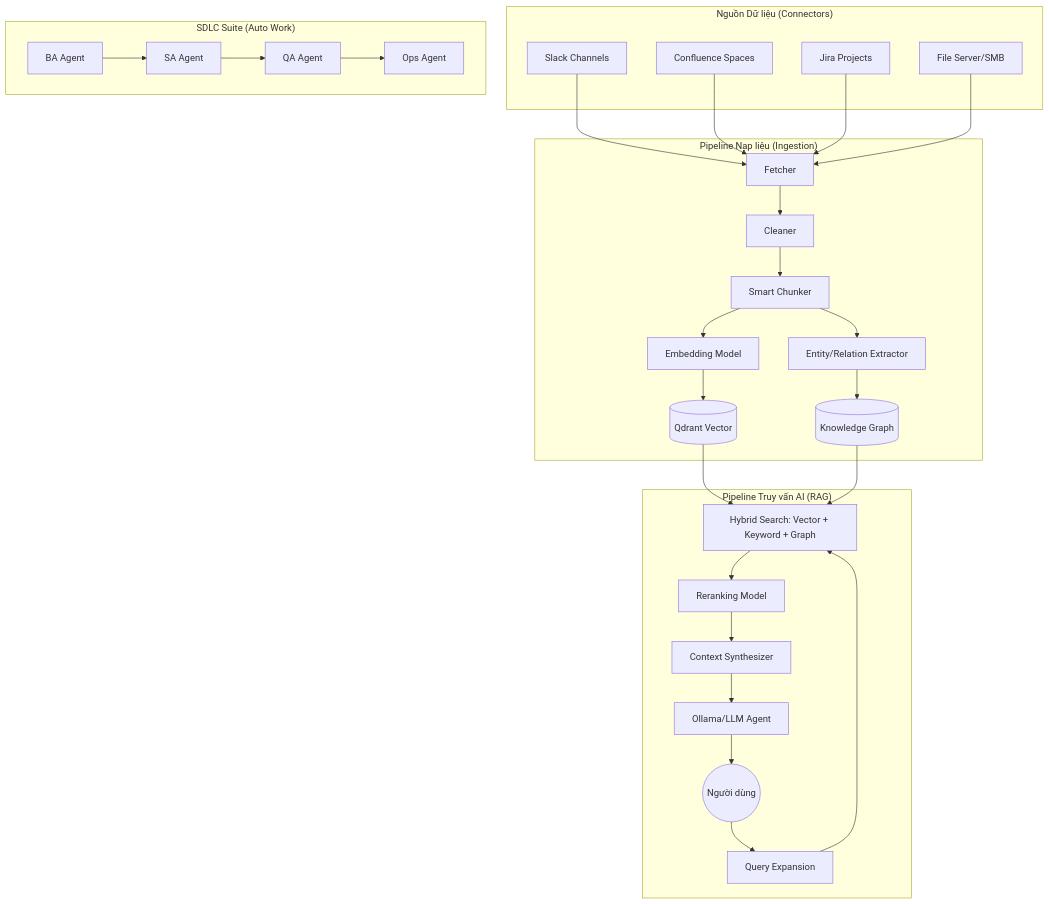
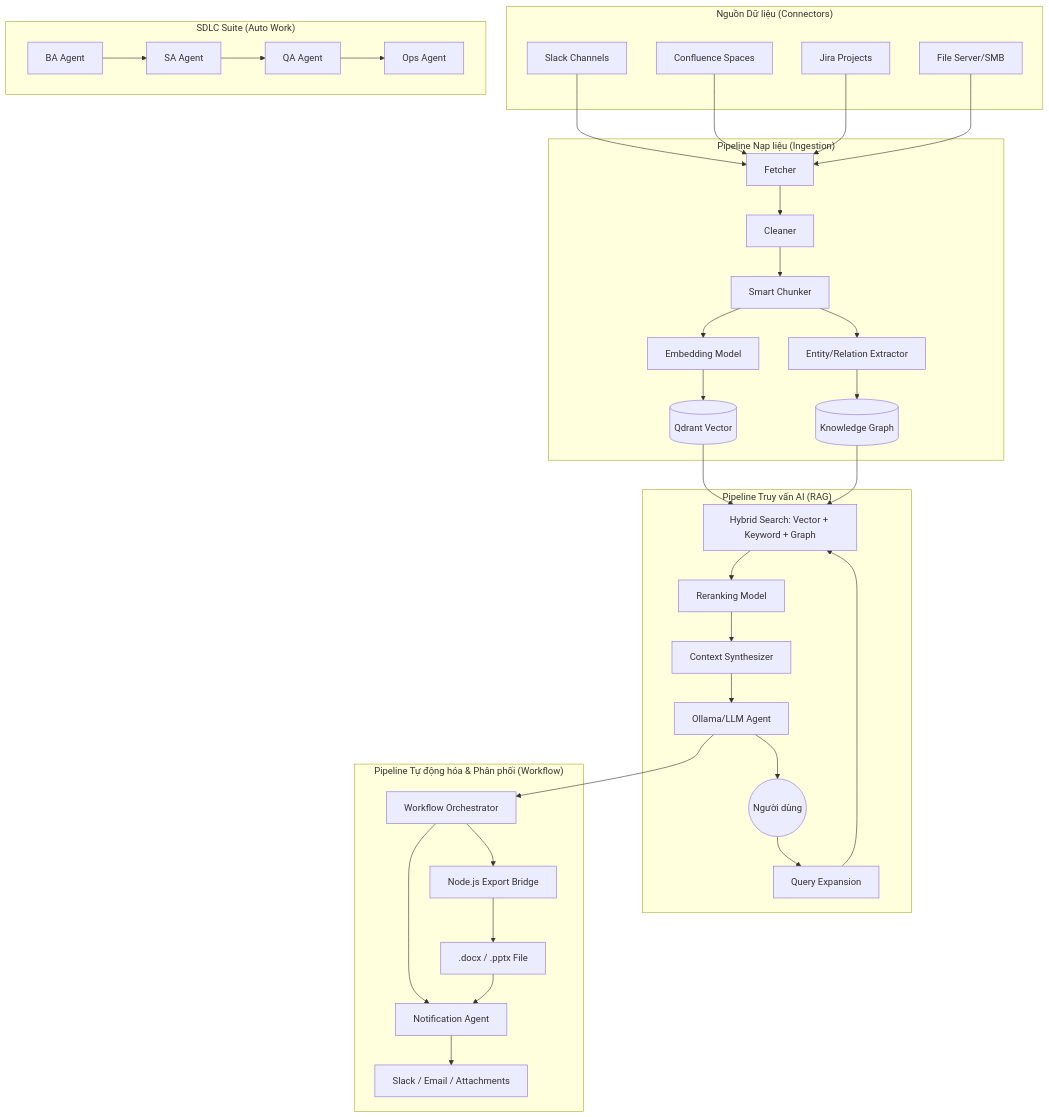
Before and after one commit to tuongnm-technica/knowledge-platform: the diagram in system_document/system_pipelines_vn.md, drawn with Mermaid. The commit also changed other lines of this file and 48 other files, not shown here.

````diff
--- a/system_document/system_pipelines_vn.md
+++ b/system_document/system_pipelines_vn.md
@@ -16,36 +16,45 @@
 ```mermaid
 graph TD
     subgraph "Nguồn Dữ liệu (Connectors)"
         Slack[Slack Channels]
         Conf[Confluence Spaces]
         Jira[Jira Projects]
         Files[File Server/SMB]
     end
 
     subgraph "Pipeline Nạp liệu (Ingestion)"
         Fetch[Fetcher] --> Clean[Cleaner]
         Clean --> Chunk[Smart Chunker]
         Chunk --> Embed[Embedding Model]
         Embed --> VectorDB[(Qdrant Vector)]
         Chunk --> Graph[Entity/Relation Extractor]
         Graph --> GraphDB[(Knowledge Graph)]
     end
 
     subgraph "Pipeline Truy vấn AI (RAG)"
         User((Người dùng)) --> QExp[Query Expansion]
         QExp --> Hybrid[Hybrid Search: Vector + Keyword + Graph]
         Hybrid --> Rerank[Reranking Model]
         Rerank --> Context[Context Synthesizer]
         Context --> LLM[Ollama/LLM Agent]
     end
 
+    subgraph "Pipeline Tự động hóa & Phân phối (Workflow)"
+        Workflow[Workflow Orchestrator] --> Bridge[Node.js Export Bridge]
+        Bridge --> DOCX[.docx / .pptx File]
+        Workflow --> Notify[Notification Agent]
+        Notify --> Channels[Slack / Email / Attachments]
+    end
+
     subgraph "SDLC Suite (Auto Work)"
         BA[BA Agent] --> SA[SA Agent]
         SA --> QA[QA Agent]
         QA --> Ops[Ops Agent]
     end
 
     Slack & Conf & Jira & Files --> Fetch
     VectorDB & GraphDB --> Hybrid
     LLM --> User
+    LLM --> Workflow
+    DOCX --> Notify
 ```
````
